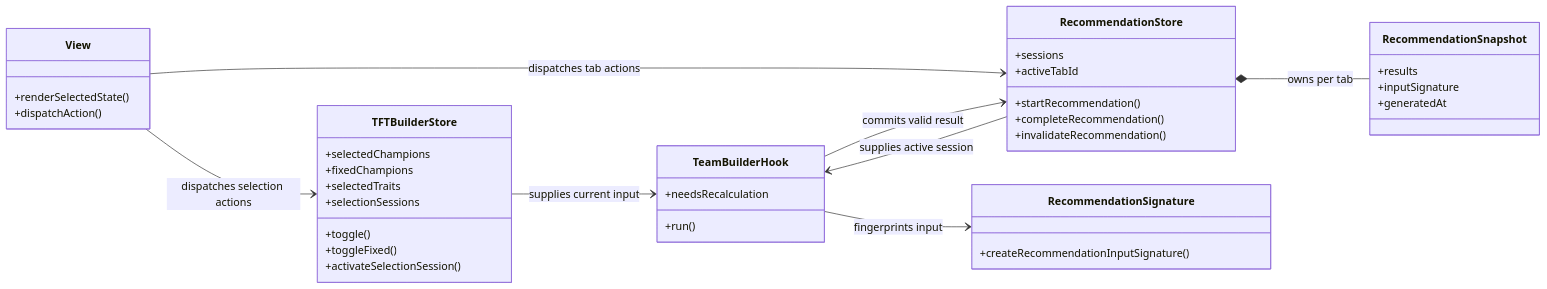
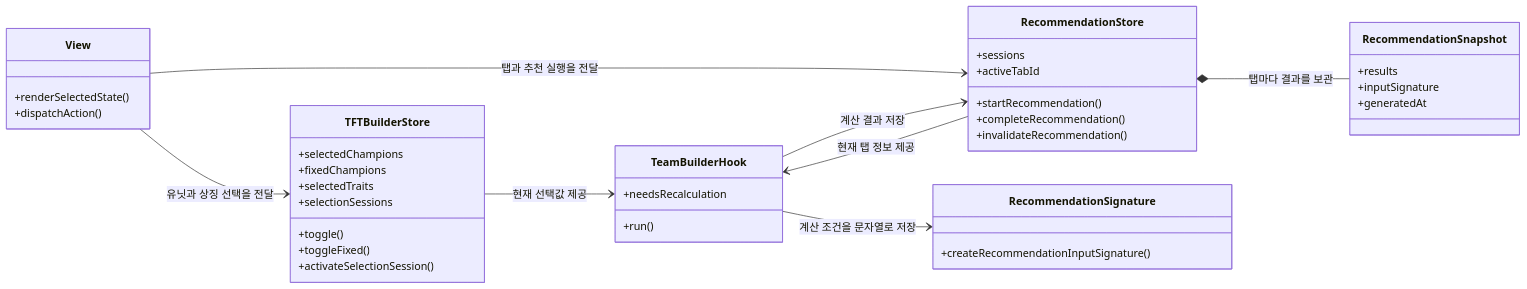
One commit to kimdol/my-tft-app changed the third of 6 diagrams in vite-project/src/features/README.md. Above: the diagram before and after it, drawn with Mermaid. The commit also changed other lines of this file, not shown here.

Commit message:
Simplify feature architecture documentation

````diff
--- a/vite-project/src/features/README.md
+++ b/vite-project/src/features/README.md
@@ -123,44 +121,44 @@
 ```mermaid
 classDiagram
     direction LR
     class View {
         +renderSelectedState()
         +dispatchAction()
     }
     class TFTBuilderStore {
         +selectedChampions
         +fixedChampions
         +selectedTraits
         +selectionSessions
         +toggle()
         +toggleFixed()
         +activateSelectionSession()
     }
     class RecommendationStore {
         +sessions
         +activeTabId
         +startRecommendation()
         +completeRecommendation()
         +invalidateRecommendation()
     }
     class RecommendationSignature {
         +createRecommendationInputSignature()
     }
     class RecommendationSnapshot {
         +results
         +inputSignature
         +generatedAt
     }
     class TeamBuilderHook {
         +run()
         +needsRecalculation
     }
 
-    View --> TFTBuilderStore : dispatches selection actions
-    View --> RecommendationStore : dispatches tab actions
-    TFTBuilderStore --> TeamBuilderHook : supplies current input
-    RecommendationStore --> TeamBuilderHook : supplies active session
-    TeamBuilderHook --> RecommendationSignature : fingerprints input
-    RecommendationStore *-- RecommendationSnapshot : owns per tab
-    TeamBuilderHook --> RecommendationStore : commits valid result
+    View --> TFTBuilderStore : 유닛과 상징 선택을 전달
+    View --> RecommendationStore : 탭과 추천 실행을 전달
+    TFTBuilderStore --> TeamBuilderHook : 현재 선택값 제공
+    RecommendationStore --> TeamBuilderHook : 현재 탭 정보 제공
+    TeamBuilderHook --> RecommendationSignature : 계산 조건을 문자열로 저장
+    RecommendationStore *-- RecommendationSnapshot : 탭마다 결과를 보관
+    TeamBuilderHook --> RecommendationStore : 계산 결과 저장
 ```
````
